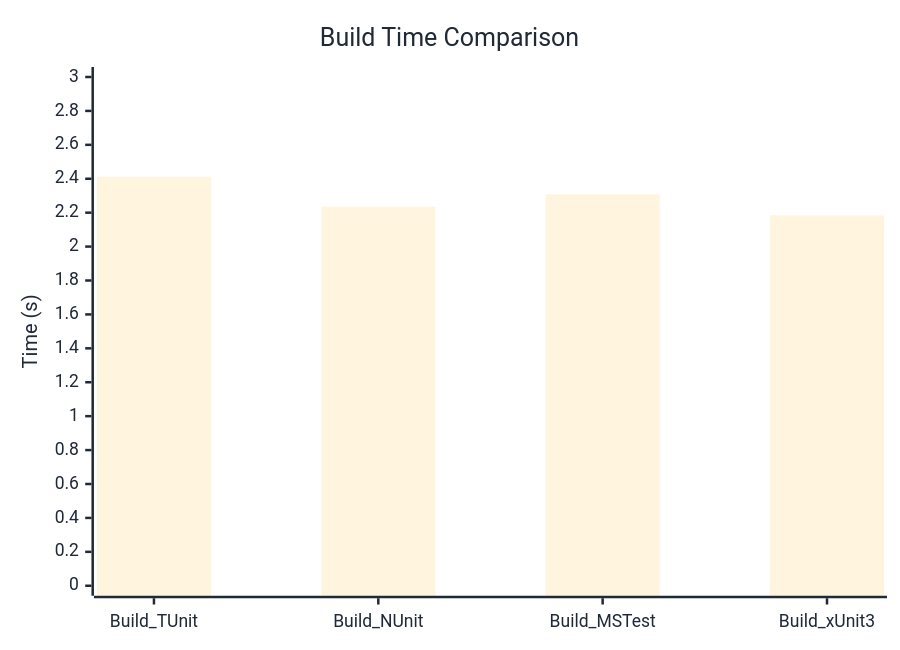
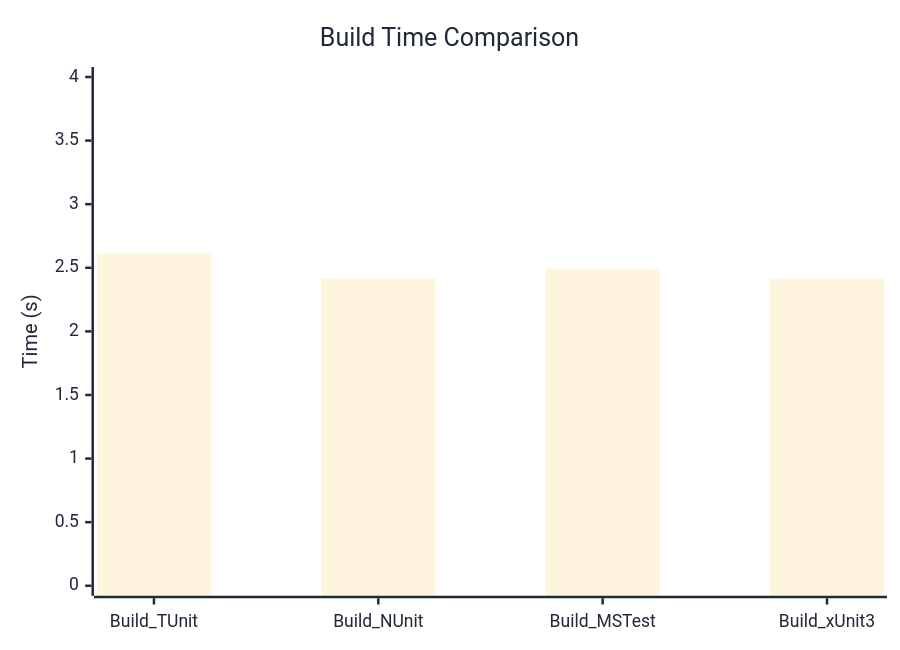
One commit to thomhurst/TUnit changed the diagram in docs/docs/benchmarks/BuildTime.md. Above: the diagram before and after it, drawn with Mermaid. The commit also changed other lines of this file and 17 other files, not shown here.

````diff
--- a/docs/docs/benchmarks/BuildTime.md
+++ b/docs/docs/benchmarks/BuildTime.md
@@ -28,37 +28,37 @@
 ```mermaid
 %%{init: {
   'theme':'base',
   'themeVariables': {
     'primaryColor': '#2563eb',
     'primaryTextColor': '#1f2937',
     'primaryBorderColor': '#1e40af',
     'lineColor': '#6b7280',
     'secondaryColor': '#7c3aed',
     'tertiaryColor': '#dc2626',
     'background': '#ffffff',
     'mainBkg': '#2563eb',
     'secondBkg': '#7c3aed',
     'tertiaryBkg': '#dc2626',
     'clusterBkg': '#f3f4f6',
     'edgeLabelBackground': '#ffffff',
     'tertiaryTextColor': '#1f2937',
     'pie1': '#2563eb',
     'pie2': '#7c3aed',
     'pie3': '#dc2626',
     'pie4': '#f59e0b',
     'pie5': '#10b981',
     'pie6': '#06b6d4',
     'pie7': '#ec4899',
     'pie8': '#6366f1',
     'pie9': '#84cc16',
     'pie10': '#f97316',
     'pie11': '#14b8a6',
     'pie12': '#a855f7'
   }
 }}%%
 xychart-beta
   title "Build Time Comparison"
   x-axis ["Build_TUnit", "Build_NUnit", "Build_MSTest", "Build_xUnit3"]
-  y-axis "Time (s)" 0 --> 3
-  bar [2.412, 2.235, 2.308, 2.184]
+  y-axis "Time (s)" 0 --> 4
+  bar [2.61, 2.415, 2.493, 2.414]
 ```
````
